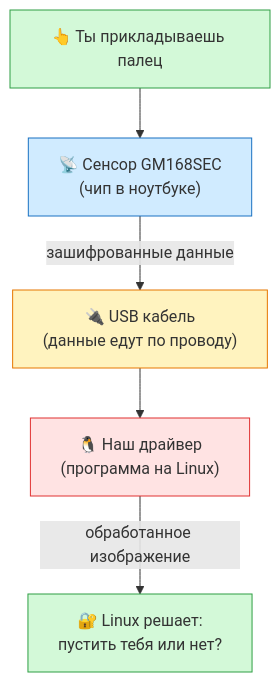
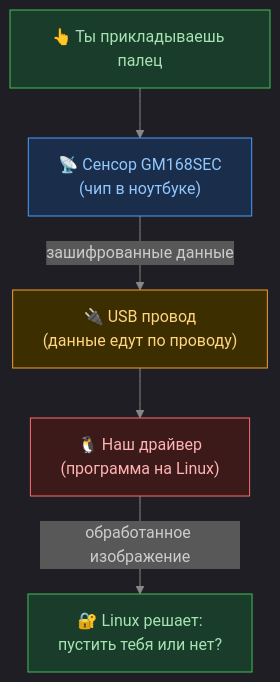
Before and after one commit to mrcook1e-ai/goodix-gm168: the first of 13 diagrams in DIAGRAM_RU.md, drawn with Mermaid. The commit also changed other lines of this file, not shown here.

````diff
--- a/DIAGRAM_RU.md
+++ b/DIAGRAM_RU.md
@@ -9,19 +9,20 @@
 ```mermaid
+%%{init: {'theme': 'dark', 'themeVariables': {'primaryColor': '#1e3a5f', 'primaryTextColor': '#e0e0e0', 'primaryBorderColor': '#4a9eff', 'lineColor': '#888', 'secondaryColor': '#2d2d2d', 'tertiaryColor': '#1a1a2e'}}}%%
 flowchart TD
     FINGER["👆 Ты прикладываешь палец"]
     SENSOR["📡 Сенсор GM168SEC\n(чип в ноутбуке)"]
-    USB["🔌 USB кабель\n(данные едут по проводу)"]
+    USB["🔌 USB провод\n(данные едут по проводу)"]
     DRIVER["🐧 Наш драйвер\n(программа на Linux)"]
     LINUX["🔐 Linux решает:\nпустить тебя или нет?"]
 
     FINGER --> SENSOR
     SENSOR -->|"зашифрованные данные"| USB
     USB --> DRIVER
     DRIVER -->|"обработанное изображение"| LINUX
 
-    style FINGER fill:#d3f9d8,stroke:#2f9e44
-    style SENSOR fill:#d0ebff,stroke:#1971c2
-    style USB fill:#fff3bf,stroke:#e67700
-    style DRIVER fill:#ffe3e3,stroke:#e03131
-    style LINUX fill:#d3f9d8,stroke:#2f9e44
+    style FINGER fill:#1a3d2b,stroke:#40c057,color:#a6e3b2
+    style SENSOR fill:#1a2d4a,stroke:#4a9eff,color:#90c8ff
+    style USB fill:#3d2e00,stroke:#f0a030,color:#ffd580
+    style DRIVER fill:#3d1a1a,stroke:#ff6b6b,color:#ffb3b3
+    style LINUX fill:#1a3d2b,stroke:#40c057,color:#a6e3b2
 ```
````
